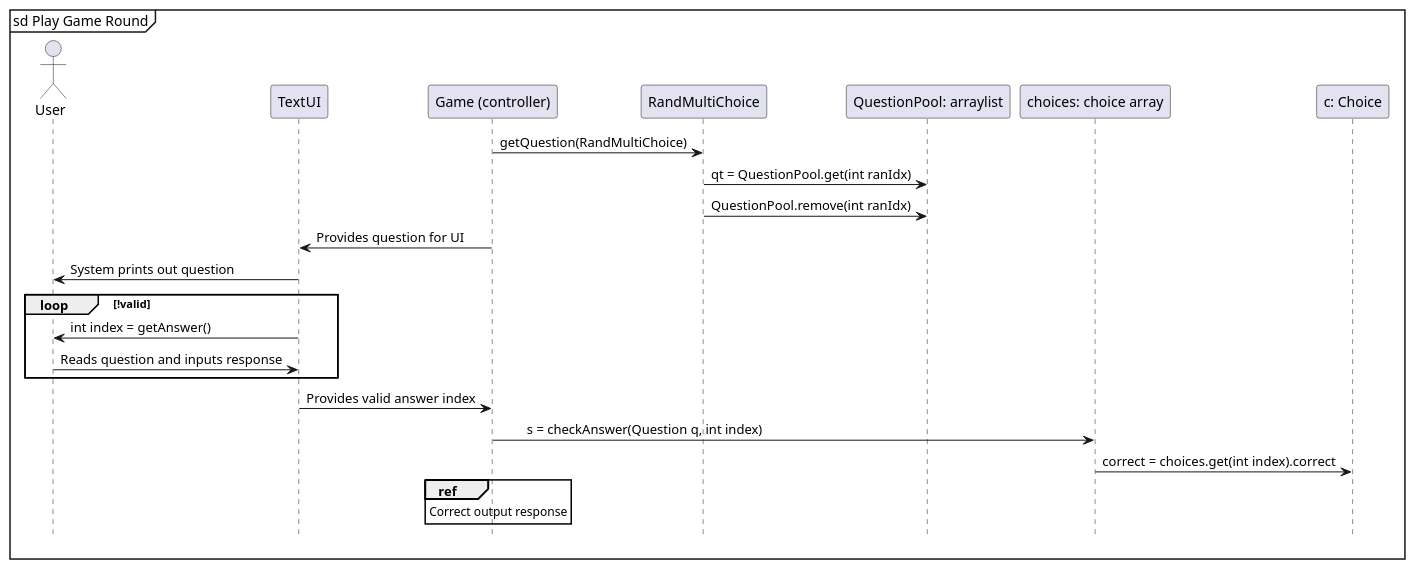
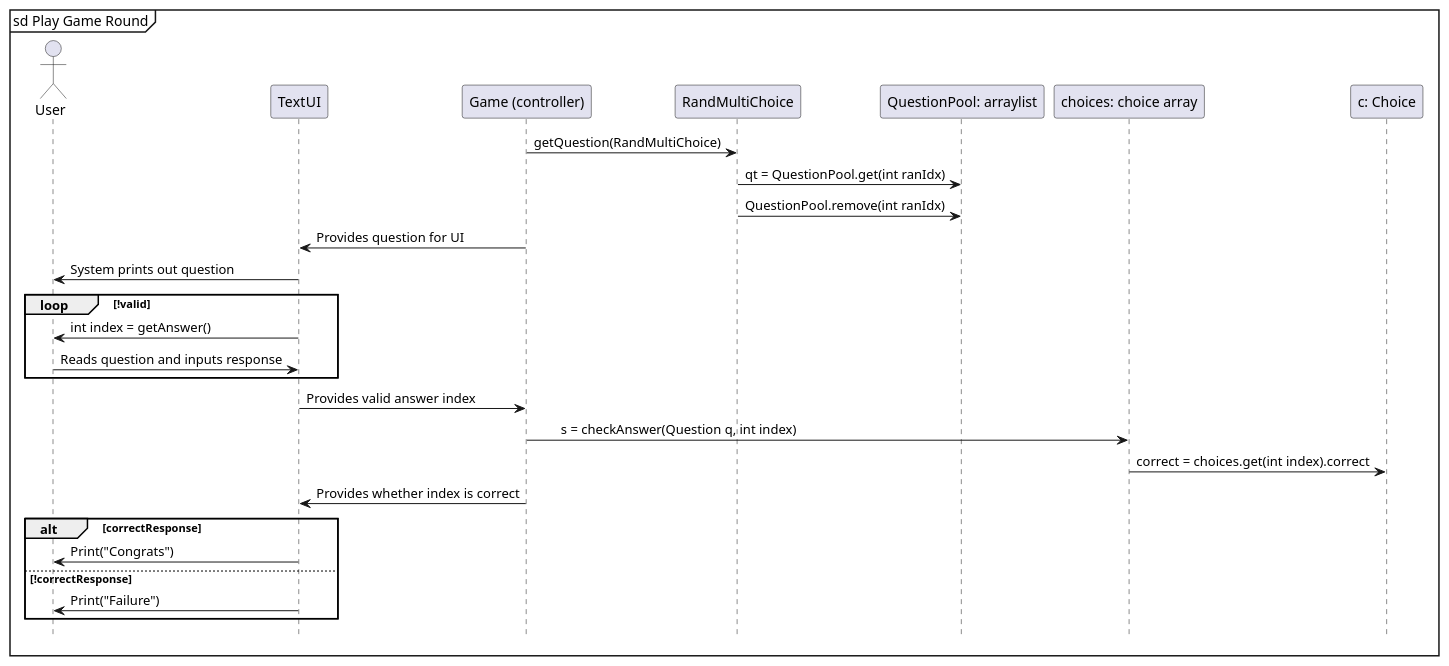
Before and after one commit to aczar09/Trivia-Game-Android: the sixth of 7 diagrams in doc/design.md, drawn with PlantUML. The commit also changed other lines of this file, not shown here.

Commit message:
Made mre sequence diagram adjustments

````diff
--- a/doc/design.md
+++ b/doc/design.md
@@ -142,33 +155,35 @@
 ```plantuml
 @startuml
 hide footbox
 mainframe sd Play Game Round
 actor "User" as us 
 participant "TextUI" as tui 
 participant "Game (controller)" as clr
 participant RandMultiChoice as rmc
 participant "QuestionPool: arraylist" as qp
 
 clr -> rmc: getQuestion(RandMultiChoice)
 rmc -> qp: qt = QuestionPool.get(int ranIdx)
 rmc -> qp: QuestionPool.remove(int ranIdx)
 
 clr -> tui: Provides question for UI
 tui -> us: System prints out question
 loop !valid
 tui -> us: int index = getAnswer()
 us -> tui: Reads question and inputs response
 end
 tui -> clr: Provides valid answer index
 participant "choices: choice array" as chc
 clr -> chc:\ts = checkAnswer(Question q, int index)
 participant "c: Choice" as cc 
 chc -> cc: correct = choices.get(int index).correct
-ref over clr
-Correct output response
-end ref
-
+clr -> tui: Provides whether index is correct 
+alt correctResponse
+tui -> us: Print("Congrats")
+else !correctResponse
+tui -> us: Print("Failure")
+end
 
 
 @enduml
 ``` 
````
